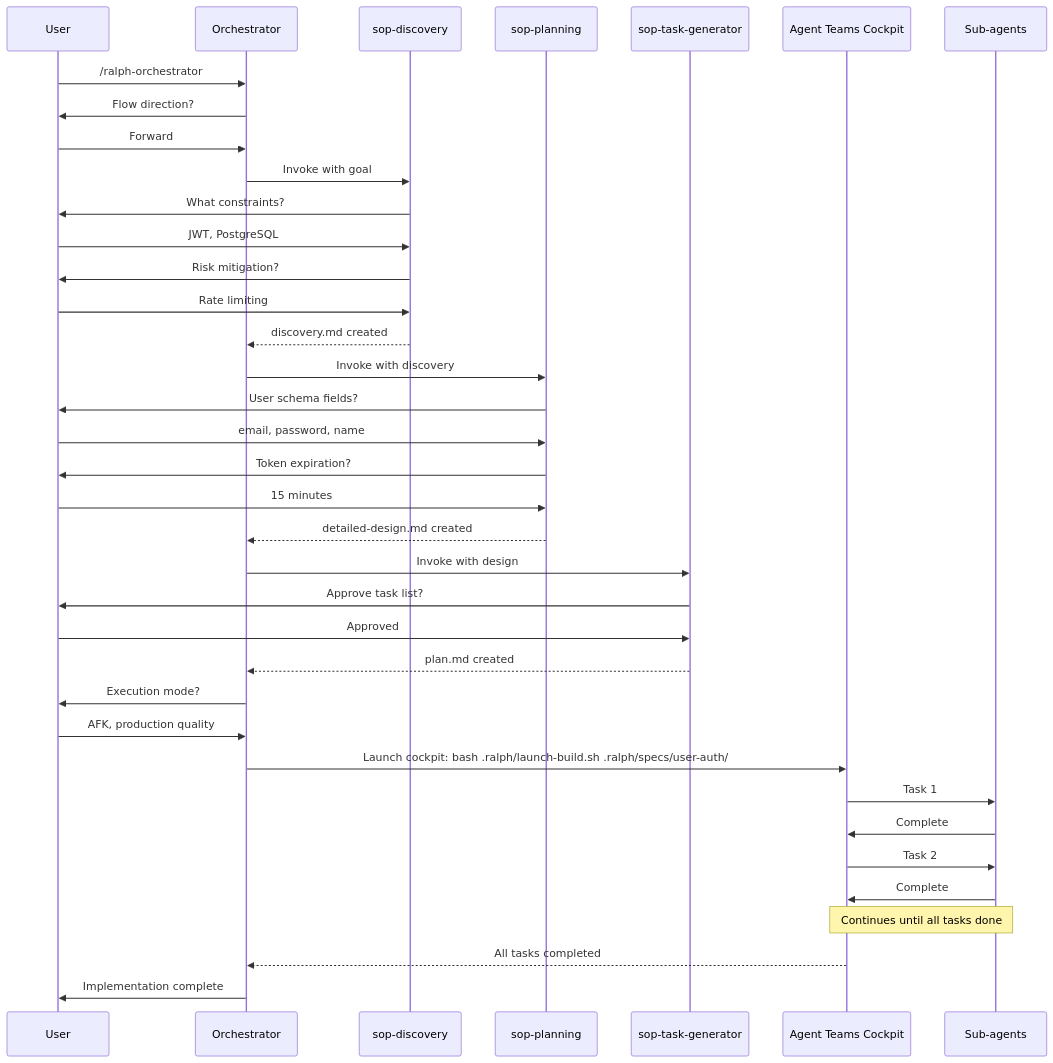
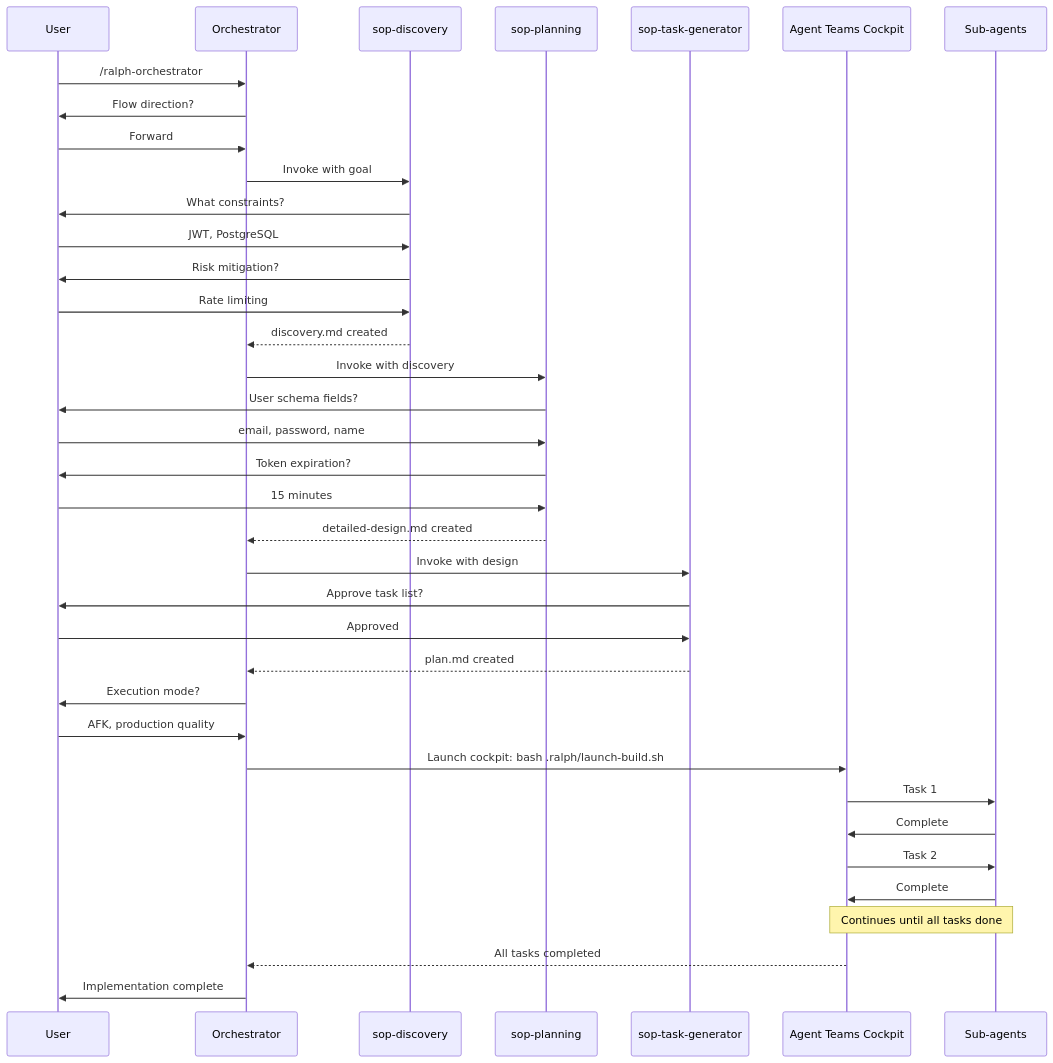
One commit to Dario-Arcos/ai-framework changed the second of 3 diagrams in skills/ralph-orchestrator/references/sop-integration.md. Above: the diagram before and after it, drawn with Mermaid. The commit also changed other lines of this file and 8 other files, not shown here.

````diff
--- a/skills/ralph-orchestrator/references/sop-integration.md
+++ b/skills/ralph-orchestrator/references/sop-integration.md
@@ -368,45 +368,45 @@
 ```mermaid
 sequenceDiagram
     participant U as User
     participant O as Orchestrator
     participant D as sop-discovery
     participant P as sop-planning
     participant T as sop-task-generator
     participant C as Agent Teams Cockpit
     participant S as Sub-agents
 
     U->>O: /ralph-orchestrator
     O->>U: Flow direction?
     U->>O: Forward
 
     O->>D: Invoke with goal
     D->>U: What constraints?
     U->>D: JWT, PostgreSQL
     D->>U: Risk mitigation?
     U->>D: Rate limiting
     D-->>O: discovery.md created
 
     O->>P: Invoke with discovery
     P->>U: User schema fields?
     U->>P: email, password, name
     P->>U: Token expiration?
     U->>P: 15 minutes
     P-->>O: detailed-design.md created
 
     O->>T: Invoke with design
     T->>U: Approve task list?
     U->>T: Approved
     T-->>O: plan.md created
 
     O->>U: Execution mode?
     U->>O: AFK, production quality
 
-    O->>C: Launch cockpit: bash .ralph/launch-build.sh .ralph/specs/user-auth/
+    O->>C: Launch cockpit: bash .ralph/launch-build.sh
     C->>S: Task 1
     S->>C: Complete
     C->>S: Task 2
     S->>C: Complete
     Note over C,S: Continues until all tasks done
     C-->>O: All tasks completed
     O->>U: Implementation complete
 ```
````
